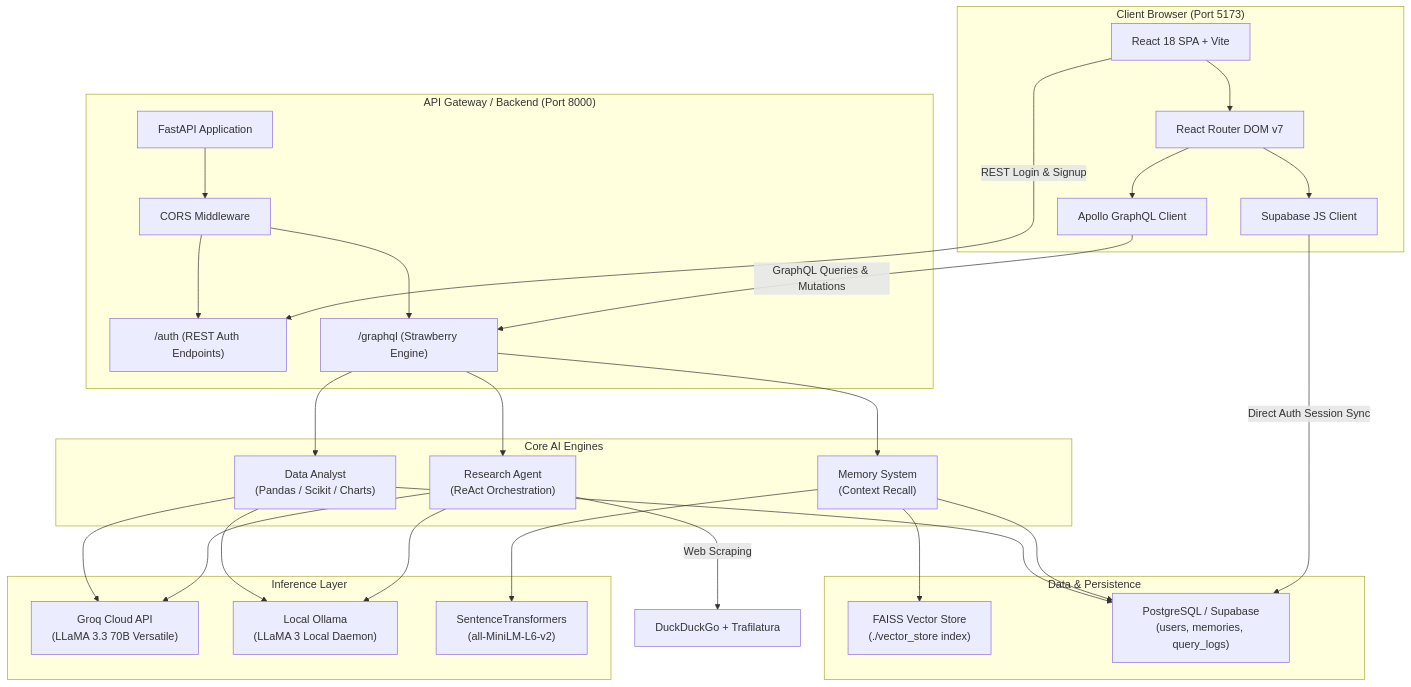
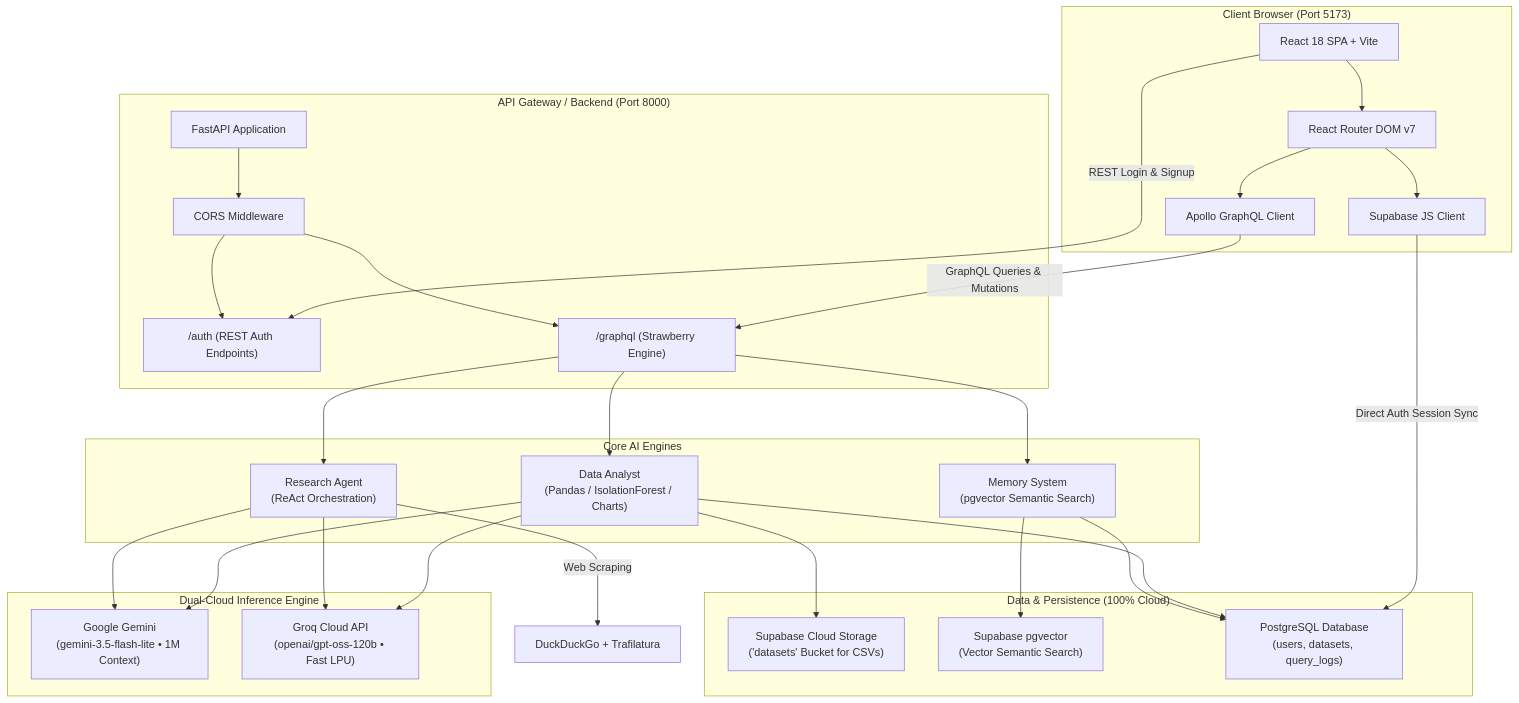
The first of 3 diagrams in docs/ARCHITECTURE.md (din-esh-kumar/Vectronyx), drawn with Mermaid before and after one commit. The commit also changed other lines of this file and 8 other files, not shown here.

Commit message:
docs(architecture): update documentation suite to cloud-native storage, pgvector, and Gemini/Groq dual inference

````diff
--- a/docs/ARCHITECTURE.md
+++ b/docs/ARCHITECTURE.md
@@ -11,60 +11,60 @@
 ```mermaid
 flowchart TB
     subgraph Client["Client Browser (Port 5173)"]
         UI[React 18 SPA + Vite]
         Router[React Router DOM v7]
         ApolloClient[Apollo GraphQL Client]
         SupaClient[Supabase JS Client]
     end
 
     subgraph Gateway["API Gateway / Backend (Port 8000)"]
         FastAPI[FastAPI Application]
         CORS[CORS Middleware]
         AuthRouter["/auth (REST Auth Endpoints)"]
         GraphQLRouter["/graphql (Strawberry Engine)"]
     end
 
     subgraph AIEngines["Core AI Engines"]
-        MemEngine["Memory System\n(Context Recall)"]
+        DataEngine["Data Analyst\n(Pandas / IsolationForest / Charts)"]
+        MemEngine["Memory System\n(pgvector Semantic Search)"]
         ResEngine["Research Agent\n(ReAct Orchestration)"]
-        DataEngine["Data Analyst\n(Pandas / Scikit / Charts)"]
     end
 
-    subgraph InferenceLayer["Inference Layer"]
-        Groq["Groq Cloud API\n(LLaMA 3.3 70B Versatile)"]
-        Ollama["Local Ollama\n(LLaMA 3 Local Daemon)"]
-        Embedder["SentenceTransformers\n(all-MiniLM-L6-v2)"]
+    subgraph InferenceLayer["Dual-Cloud Inference Engine"]
+        Gemini["Google Gemini\n(gemini-3.5-flash-lite • 1M Context)"]
+        Groq["Groq Cloud API\n(openai/gpt-oss-120b • Fast LPU)"]
     end
 
-    subgraph StorageLayer["Data & Persistence"]
-        FAISS["FAISS Vector Store\n(./vector_store index)"]
-        Postgres["PostgreSQL / Supabase\n(users, memories, query_logs)"]
+    subgraph StorageLayer["Data & Persistence (100% Cloud)"]
+        SupaStorage["Supabase Cloud Storage\n('datasets' Bucket for CSVs)"]
+        PGVector["Supabase pgvector\n(Vector Semantic Search)"]
+        Postgres["PostgreSQL Database\n(users, datasets, query_logs)"]
     end
 
     UI --> Router
     Router --> ApolloClient
     Router --> SupaClient
     ApolloClient -->|GraphQL Queries & Mutations| GraphQLRouter
     SupaClient -->|Direct Auth Session Sync| Postgres
     UI -->|REST Login & Signup| AuthRouter
 
     FastAPI --> CORS
     CORS --> GraphQLRouter
     CORS --> AuthRouter
 
+    GraphQLRouter --> DataEngine
     GraphQLRouter --> MemEngine
     GraphQLRouter --> ResEngine
-    GraphQLRouter --> DataEngine
 
-    MemEngine --> Embedder
-    MemEngine --> FAISS
+    DataEngine --> SupaStorage
+    DataEngine --> Gemini
+    DataEngine --> Groq
+    DataEngine --> Postgres
+
+    MemEngine --> PGVector
     MemEngine --> Postgres
 
+    ResEngine --> Gemini
     ResEngine --> Groq
-    ResEngine --> Ollama
     ResEngine -->|Web Scraping| DDG[DuckDuckGo + Trafilatura]
-
-    DataEngine --> Groq
-    DataEngine --> Ollama
-    DataEngine --> Postgres
 ```
````
